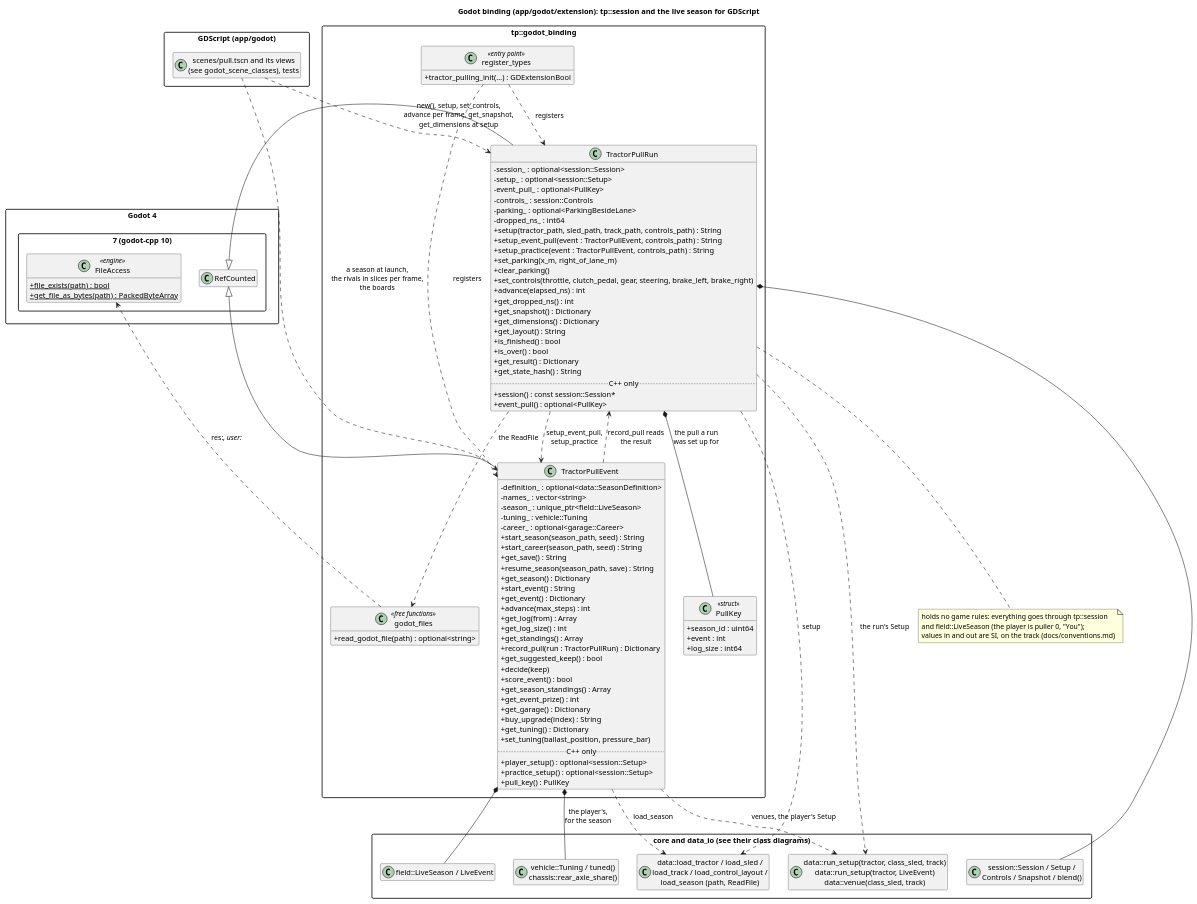
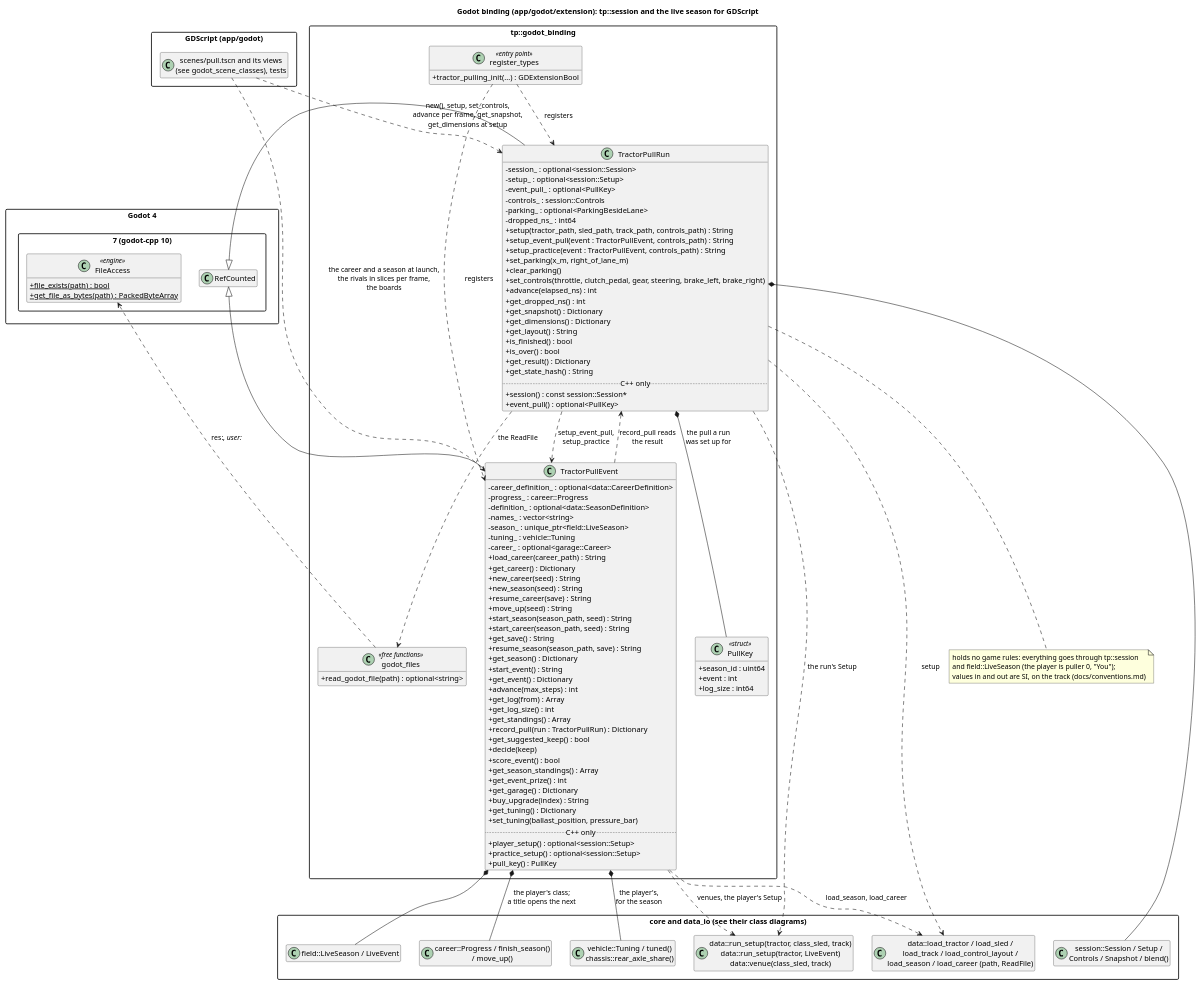
The diagram in docs/diagrams/godot_classes.puml (wversteeg/TractorPulling), drawn with PlantUML before and after one commit. The commit also changed 14 other files, not shown here.

First line of the commit message:
Document the career: diagrams, architecture, README

```diff
--- a/docs/diagrams/godot_classes.puml
+++ b/docs/diagrams/godot_classes.puml
@@ -1,122 +1,132 @@
 @startuml godot_classes
 title Godot binding (app/godot/extension): tp::session and the live season for GDScript
 hide empty members
 skinparam packageStyle rectangle
 skinparam classAttributeIconSize 0
 
 package "Godot 4.7 (godot-cpp 10)" {
   class RefCounted
   class FileAccess <<engine>> {
     +{static} file_exists(path) : bool
     +{static} get_file_as_bytes(path) : PackedByteArray
   }
 }
 
 package "tp::godot_binding" {
   class TractorPullRun {
     -session_ : optional<session::Session>
     -setup_ : optional<session::Setup>
     -event_pull_ : optional<PullKey>
     -controls_ : session::Controls
     -parking_ : optional<ParkingBesideLane>
     -dropped_ns_ : int64
     +setup(tractor_path, sled_path, track_path, controls_path) : String
     +setup_event_pull(event : TractorPullEvent, controls_path) : String
     +setup_practice(event : TractorPullEvent, controls_path) : String
     +set_parking(x_m, right_of_lane_m)
     +clear_parking()
     +set_controls(throttle, clutch_pedal, gear, steering, brake_left, brake_right)
     +advance(elapsed_ns) : int
     +get_dropped_ns() : int
     +get_snapshot() : Dictionary
     +get_dimensions() : Dictionary
     +get_layout() : String
     +is_finished() : bool
     +is_over() : bool
     +get_result() : Dictionary
     +get_state_hash() : String
     ..C++ only..
     +session() : const session::Session*
     +event_pull() : optional<PullKey>
   }
   class TractorPullEvent {
+    -career_definition_ : optional<data::CareerDefinition>
+    -progress_ : career::Progress
     -definition_ : optional<data::SeasonDefinition>
     -names_ : vector<string>
     -season_ : unique_ptr<field::LiveSeason>
     -tuning_ : vehicle::Tuning
     -career_ : optional<garage::Career>
+    +load_career(career_path) : String
+    +get_career() : Dictionary
+    +new_career(seed) : String
+    +new_season(seed) : String
+    +resume_career(save) : String
+    +move_up(seed) : String
     +start_season(season_path, seed) : String
     +start_career(season_path, seed) : String
     +get_save() : String
     +resume_season(season_path, save) : String
     +get_season() : Dictionary
     +start_event() : String
     +get_event() : Dictionary
     +advance(max_steps) : int
     +get_log(from) : Array
     +get_log_size() : int
     +get_standings() : Array
     +record_pull(run : TractorPullRun) : Dictionary
     +get_suggested_keep() : bool
     +decide(keep)
     +score_event() : bool
     +get_season_standings() : Array
     +get_event_prize() : int
     +get_garage() : Dictionary
     +buy_upgrade(index) : String
     +get_tuning() : Dictionary
     +set_tuning(ballast_position, pressure_bar)
     ..C++ only..
     +player_setup() : optional<session::Setup>
     +practice_setup() : optional<session::Setup>
     +pull_key() : PullKey
   }
   class PullKey <<struct>> {
     +season_id : uint64
     +event : int
     +log_size : int64
   }
   TractorPullRun *-- PullKey : the pull a run\nwas set up for
   class "godot_files" as Files <<free functions>> {
     +read_godot_file(path) : optional<string>
   }
   class "register_types" as Register <<entry point>> {
     +tractor_pulling_init(...) : GDExtensionBool
   }
 }
 
 package "core and data_io (see their class diagrams)" {
   class "session::Session / Setup /\nControls / Snapshot / blend()" as Session
-  class "data::load_tractor / load_sled /\nload_track / load_control_layout /\nload_season (path, ReadFile)" as Loaders
+  class "data::load_tractor / load_sled /\nload_track / load_control_layout /\nload_season / load_career (path, ReadFile)" as Loaders
   class "data::run_setup(tractor, class_sled, track)\ndata::run_setup(tractor, LiveEvent)\ndata::venue(class_sled, track)" as RunSetup
   class "field::LiveSeason / LiveEvent" as Live
+  class "career::Progress / finish_season()\n/ move_up()" as Career
   class "vehicle::Tuning / tuned()\nchassis::rear_axle_share()" as Tuning
 }
 
 package "GDScript (app/godot)" {
   class "scenes/pull.tscn and its views\n(see godot_scene_classes), tests" as Scripts
 }
 
 RefCounted <|-- TractorPullRun
 RefCounted <|-- TractorPullEvent
 Register ..> TractorPullRun : registers
 Register ..> TractorPullEvent : registers
 TractorPullEvent *-- Live
 TractorPullEvent *-- Tuning : the player's,\nfor the season
-TractorPullEvent ..> Loaders : load_season
+TractorPullEvent ..> Loaders : load_season, load_career
+TractorPullEvent *-- Career : the player's class;\na title opens the next
 TractorPullEvent ..> RunSetup : venues, the player's Setup
 TractorPullRun ..> TractorPullEvent : setup_event_pull,\nsetup_practice
 TractorPullEvent ..> TractorPullRun : record_pull reads\nthe result
 TractorPullRun *-- Session
 TractorPullRun ..> Loaders : setup
 TractorPullRun ..> RunSetup : the run's Setup
 TractorPullRun ..> Files : the ReadFile
 Files ..> FileAccess : res://, user://
 Scripts ..> TractorPullRun : new(), setup, set_controls,\nadvance per frame, get_snapshot,\nget_dimensions at setup
-Scripts ..> TractorPullEvent : a season at launch,\nthe rivals in slices per frame,\nthe boards
+Scripts ..> TractorPullEvent : the career and a season at launch,\nthe rivals in slices per frame,\nthe boards
 note bottom of TractorPullRun
   holds no game rules: everything goes through tp::session
   and field::LiveSeason (the player is puller 0, "You");
   values in and out are SI, on the track (docs/conventions.md)
 end note
 @enduml
```
